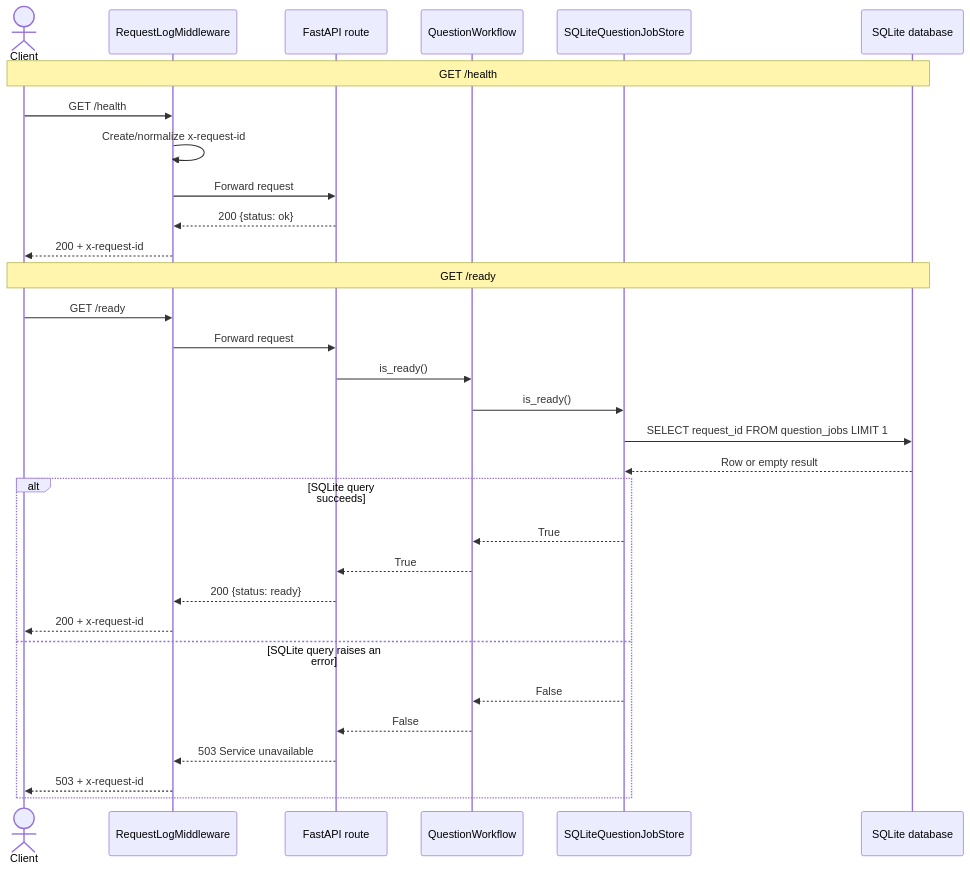
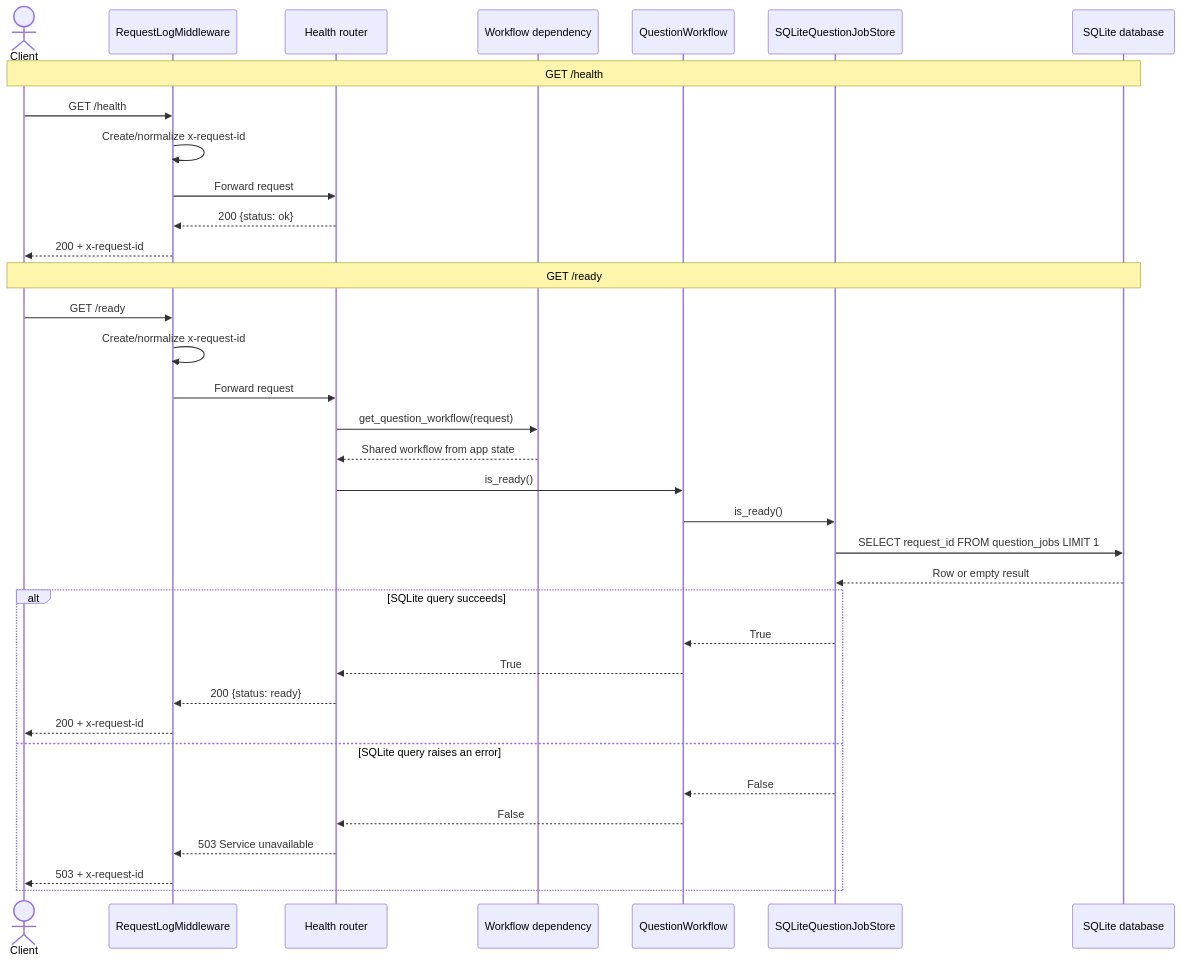
The diagram in docs/other-apis-sequence.md (jasmine-post-pdx/rag-chatbot), drawn with Mermaid before and after one commit. The commit also changed other lines of this file and 3 other files, not shown here.

Commit message:
Adding some sequence diagrams

````diff
--- a/docs/other-apis-sequence.md
+++ b/docs/other-apis-sequence.md
@@ -33,36 +34,40 @@
 ```mermaid
 sequenceDiagram
     actor Client
     participant MW as RequestLogMiddleware
-    participant API as FastAPI route
+    participant API as Health router
+    participant Dep as Workflow dependency
     participant WF as QuestionWorkflow
     participant Store as SQLiteQuestionJobStore
     participant DB as SQLite database
 
     Note over Client,DB: GET /health
     Client->>MW: GET /health
     MW->>MW: Create/normalize x-request-id
     MW->>API: Forward request
     API-->>MW: 200 {status: ok}
     MW-->>Client: 200 + x-request-id
 
     Note over Client,DB: GET /ready
     Client->>MW: GET /ready
+    MW->>MW: Create/normalize x-request-id
     MW->>API: Forward request
+    API->>Dep: get_question_workflow(request)
+    Dep-->>API: Shared workflow from app state
     API->>WF: is_ready()
     WF->>Store: is_ready()
     Store->>DB: SELECT request_id FROM question_jobs LIMIT 1
     DB-->>Store: Row or empty result
 
     alt SQLite query succeeds
         Store-->>WF: True
         WF-->>API: True
         API-->>MW: 200 {status: ready}
         MW-->>Client: 200 + x-request-id
     else SQLite query raises an error
         Store-->>WF: False
         WF-->>API: False
         API-->>MW: 503 Service unavailable
         MW-->>Client: 503 + x-request-id
     end
 ```
````
